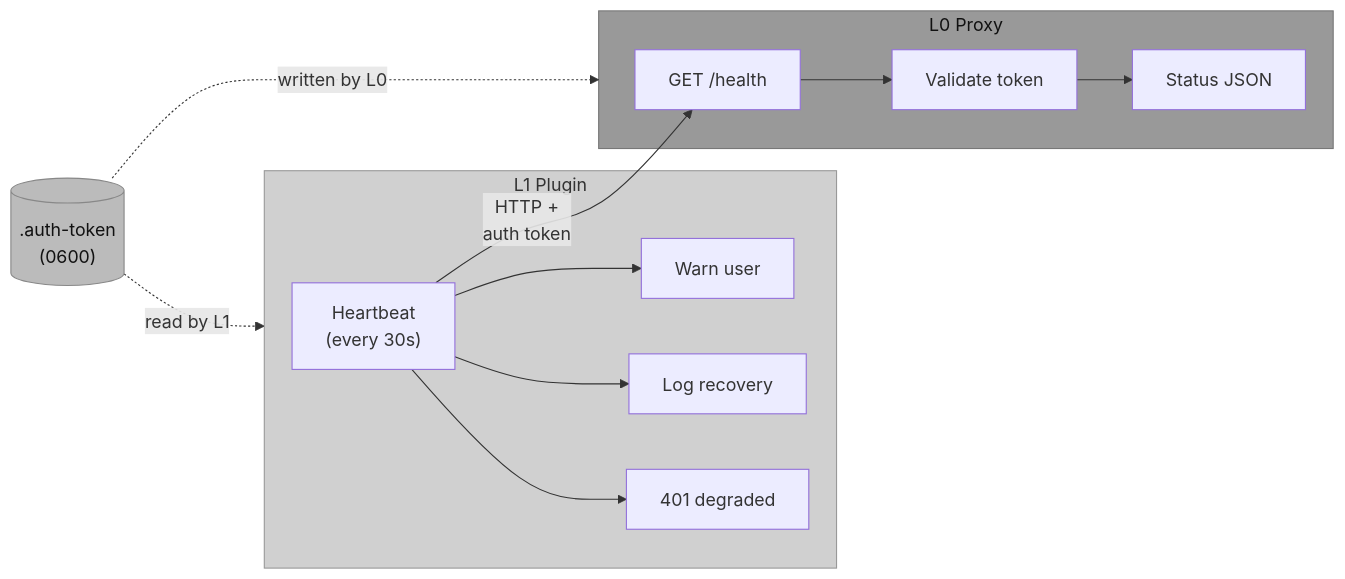
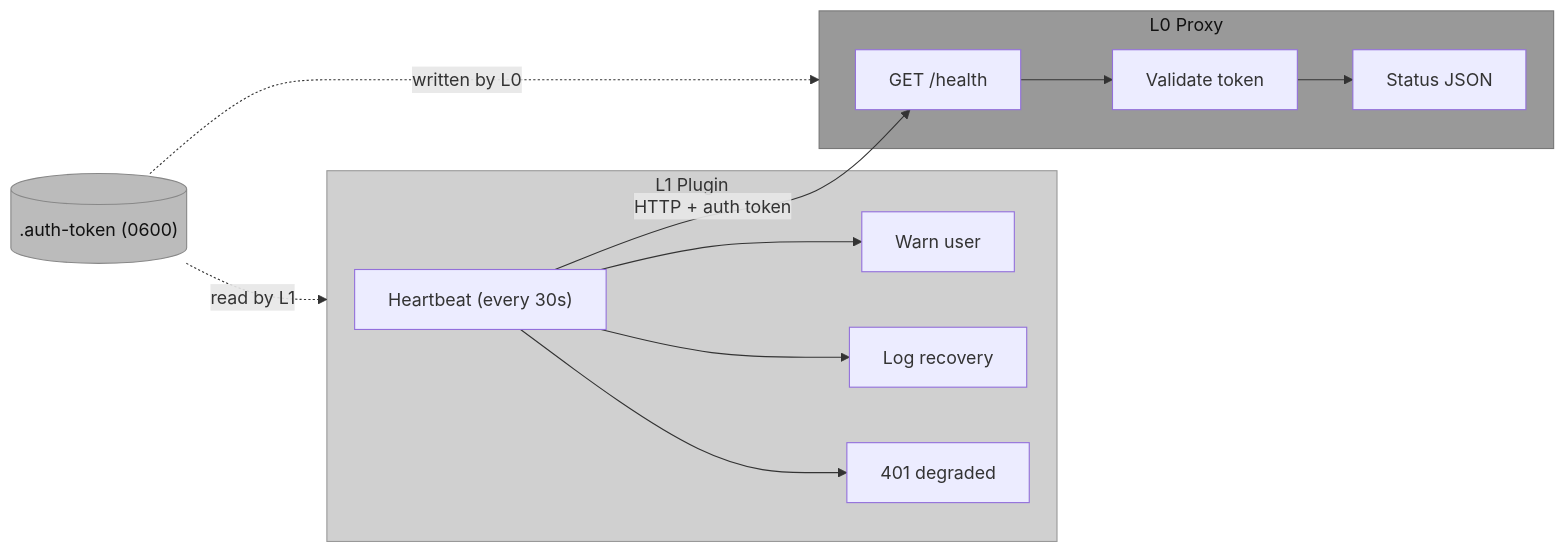
Before and after one commit to OpenObscure/OpenObscure: the tenth of 14 diagrams in ARCHITECTURE.md, drawn with Mermaid. The commit also changed other lines of this file and 1 other file, not shown here.

First line of the commit message:
Remove \n line breaks from mermaid flowchart labels

````diff
--- a/ARCHITECTURE.md
+++ b/ARCHITECTURE.md
@@ -501,26 +501,26 @@
 ```mermaid
 flowchart LR
     subgraph l1side ["L1 Plugin"]
-        hb["Heartbeat\n(every 30s)"]
+        hb["Heartbeat (every 30s)"]
         hb --> down["Warn user"]
         hb --> back["Log recovery"]
         hb --> auth_fail["401 degraded"]
     end
 
     subgraph l0side ["L0 Proxy"]
         endpoint["GET /health"]
         auth_check["Validate token"]
         response["Status JSON"]
         endpoint --> auth_check --> response
     end
 
-    token[(".auth-token\n(0600)")]
+    token[(".auth-token (0600)")]
 
-    hb -- "HTTP +\nauth token" --> endpoint
+    hb -- "HTTP + auth token" --> endpoint
     token -. "written by L0" .-> l0side
     token -. "read by L1" .-> l1side
 
     style l0side fill:#999,stroke:#777,color:#111
     style l1side fill:#d0d0d0,stroke:#999,color:#333
     style token fill:#bbb,stroke:#888,color:#111
 ```
````
